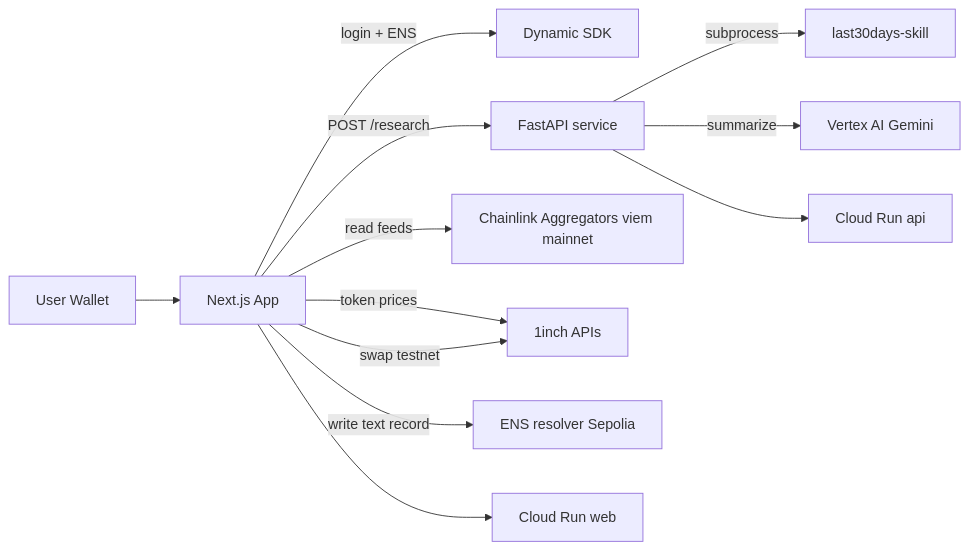
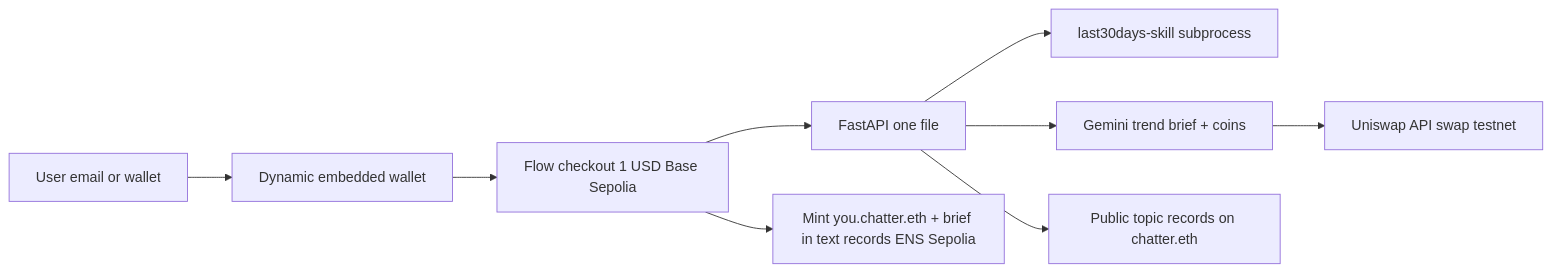
Before and after one commit to kenjohnscreates/chatter: the diagram in docs/HACKATHON_PLAN.md, drawn with Mermaid. The commit also changed other lines of this file and 1 other file, not shown here.

First line of the commit message:
docs: lock final hackathon plan around pay-research-act flow

````diff
--- a/docs/HACKATHON_PLAN.md
+++ b/docs/HACKATHON_PLAN.md
@@ -25,14 +28,11 @@
 ```mermaid
 flowchart LR
-    U[User Wallet] --> FE[Next.js App]
-    FE -->|login + ENS| DYN[Dynamic SDK]
-    FE -->|POST /research| API[FastAPI service]
-    API -->|subprocess| SKILL[last30days-skill]
-    API -->|summarize| GEM[Vertex AI Gemini]
-    FE -->|read feeds| CL[Chainlink Aggregators viem mainnet]
-    FE -->|token prices| ONEINCH[1inch APIs]
-    FE -->|swap testnet| ONEINCH
-    FE -->|write text record| ENS[ENS resolver Sepolia]
-    FE --> CR1[Cloud Run web]
-    API --> CR2[Cloud Run api]
+    U[User email or wallet] --> DYN[Dynamic embedded wallet]
+    DYN --> PAY[Flow checkout 1 USD Base Sepolia]
+    PAY --> API[FastAPI one file]
+    API --> SKILL[last30days-skill subprocess]
+    API --> GEM[Gemini trend brief + coins]
+    PAY --> SUB[Mint you.chatter.eth + brief in text records ENS Sepolia]
+    API --> PUB[Public topic records on chatter.eth]
+    GEM --> SWAP[Uniswap API swap testnet]
 ```
````
